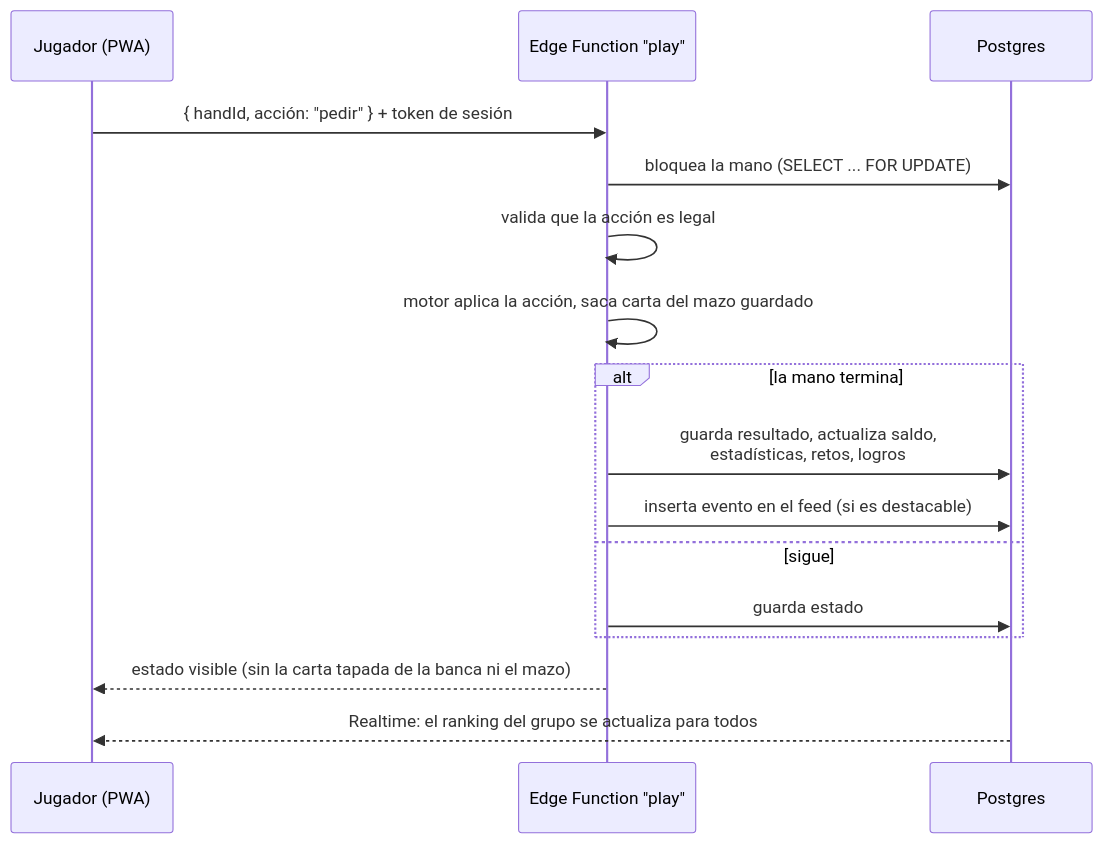
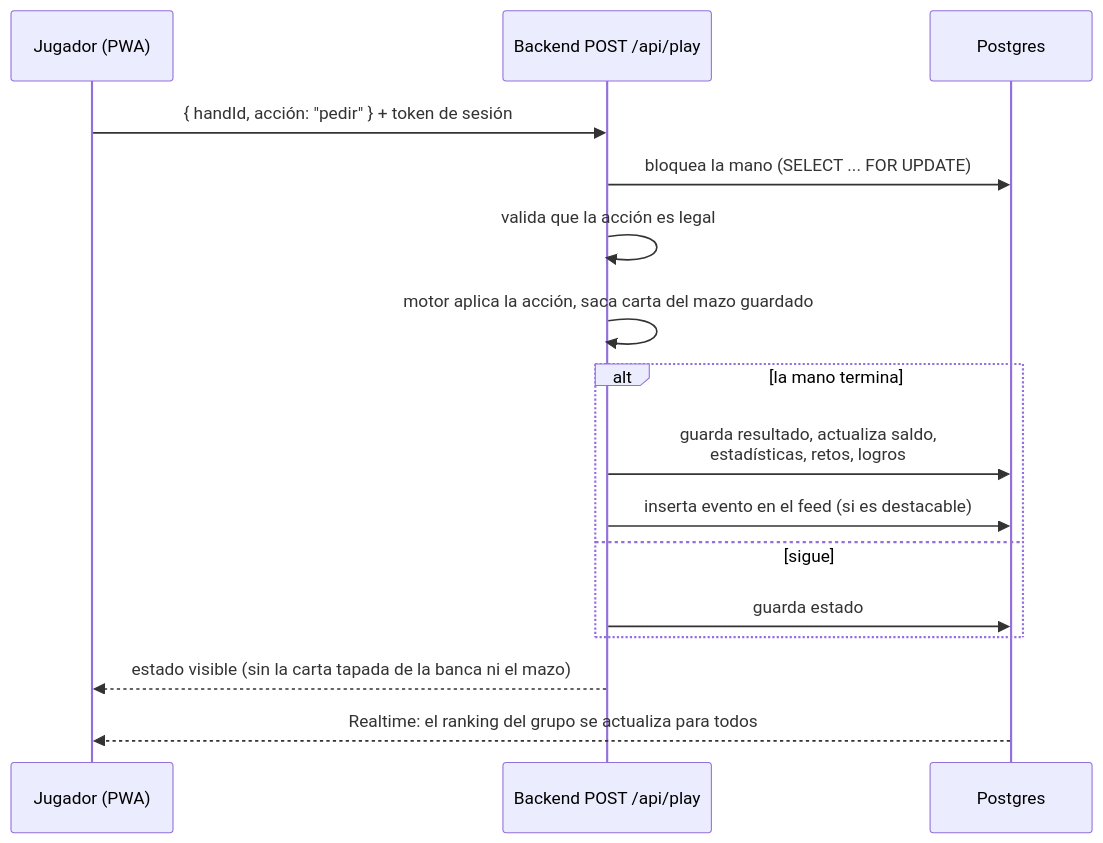
One commit to Ronambulo/BlackjackWithFriends changed the third of 7 diagrams in docs/DISENO.md. Above: the diagram before and after it, drawn with Mermaid. The commit also changed other lines of this file and 49 other files, not shown here.

````diff
--- a/docs/DISENO.md
+++ b/docs/DISENO.md
@@ -156,19 +162,19 @@
 ```mermaid
 sequenceDiagram
   participant J as Jugador (PWA)
-  participant F as Edge Function "play"
+  participant F as Backend POST /api/play
   participant DB as Postgres
 
   J->>F: { handId, acción: "pedir" } + token de sesión
   F->>DB: bloquea la mano (SELECT ... FOR UPDATE)
   F->>F: valida que la acción es legal
   F->>F: motor aplica la acción, saca carta del mazo guardado
   alt la mano termina
     F->>DB: guarda resultado, actualiza saldo,<br/>estadísticas, retos, logros
     F->>DB: inserta evento en el feed (si es destacable)
   else sigue
     F->>DB: guarda estado
   end
   F-->>J: estado visible (sin la carta tapada de la banca ni el mazo)
   DB-->>J: Realtime: el ranking del grupo se actualiza para todos
 ```
````
